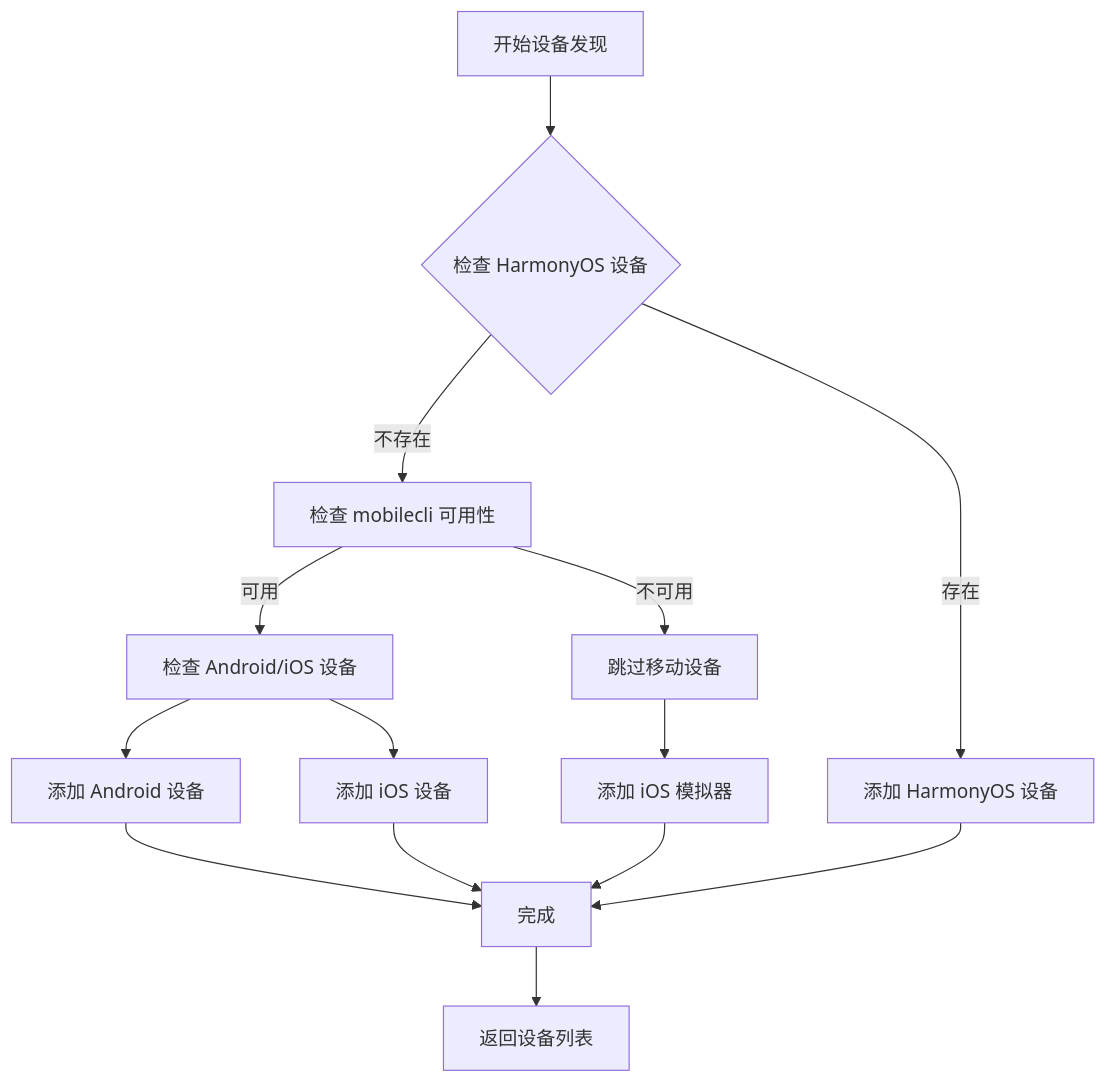
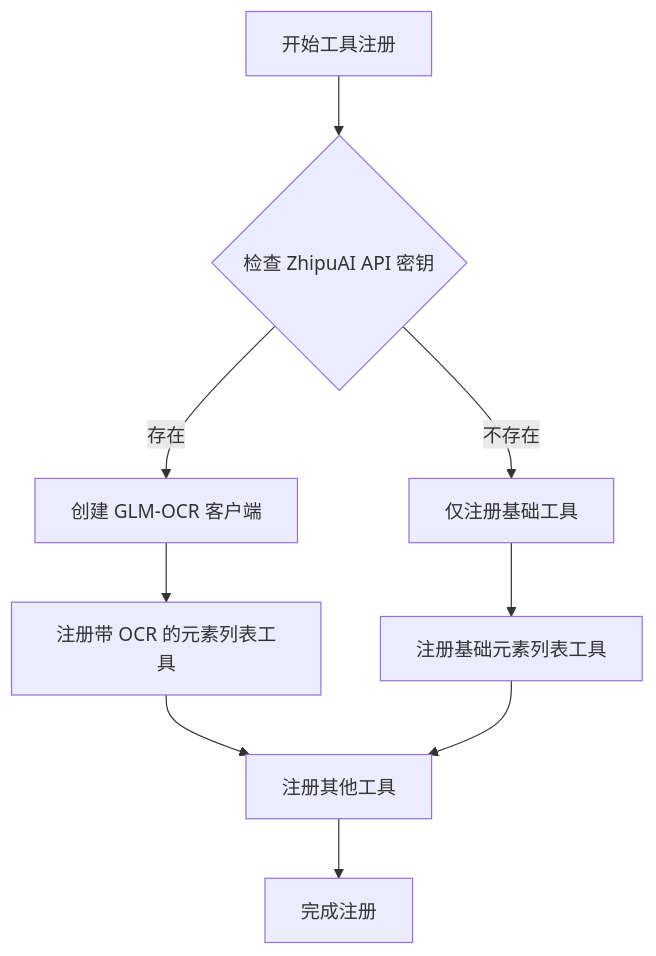
One commit to zedomi/mobile-mcp-hmos changed the sixth of 11 diagrams in .qoder/repowiki/zh/content/MCP 工具参考/屏幕交互工具/GLM-OCR 集成.md. Above: the diagram before and after it, drawn with Mermaid. The commit also changed other lines of this file and 3 other files, not shown here.

````diff
--- a/.qoder/repowiki/zh/content/MCP 工具参考/屏幕交互工具/GLM-OCR 集成.md
+++ b/.qoder/repowiki/zh/content/MCP 工具参考/屏幕交互工具/GLM-OCR 集成.md
@@ -247,16 +266,11 @@
 ```mermaid
 flowchart TD
-A[开始设备发现] --> B{检查 HarmonyOS 设备}
-B --> |存在| C[添加 HarmonyOS 设备]
-B --> |不存在| D[检查 mobilecli 可用性]
-D --> |可用| E[检查 Android/iOS 设备]
-D --> |不可用| F[跳过移动设备]
-E --> G[添加 Android 设备]
-E --> H[添加 iOS 设备]
-F --> I[添加 iOS 模拟器]
-G --> J[完成]
-H --> J
-I --> J
-C --> J
-J --> K[返回设备列表]
+A[开始工具注册] --> B{检查 ZhipuAI API 密钥}
+B --> |存在| C[创建 GLM-OCR 客户端]
+B --> |不存在| D[仅注册基础工具]
+C --> E[注册带 OCR 的元素列表工具]
+D --> F[注册基础元素列表工具]
+E --> G[注册其他工具]
+F --> G
+G --> H[完成注册]
 ```
````
